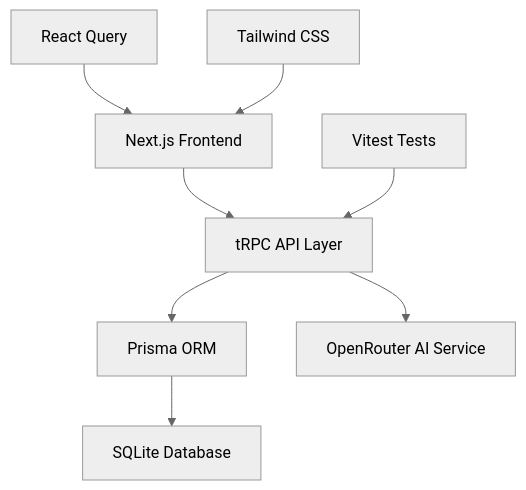
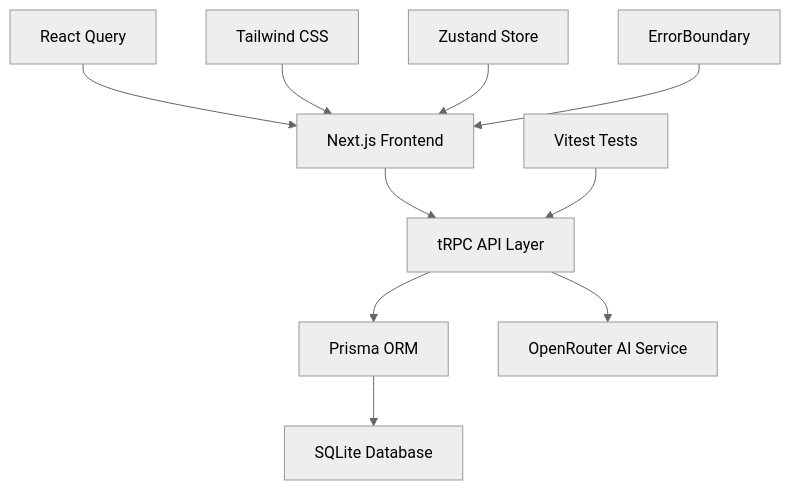
One commit to loferris/ai-chat-app changed the diagram in README.md. Above: the diagram before and after it, drawn with Mermaid (neutral theme). The commit also changed other lines of this file and 31 other files, not shown here.

Commit message:
Fix failing unit tests and improve error handling

````diff
--- a/README.md
+++ b/README.md
@@ -44,11 +46,13 @@
 ```mermaid
 graph TD
     A[Next.js Frontend] --> B[tRPC API Layer]
     B --> C[Prisma ORM]
     C --> D[SQLite Database]
     B --> E[OpenRouter AI Service]
     
     F[React Query] --> A
     G[Tailwind CSS] --> A
-    H[Vitest Tests] --> B
+    H[Zustand Store] --> A
+    I[ErrorBoundary] --> A
+    J[Vitest Tests] --> B
 ```
````
